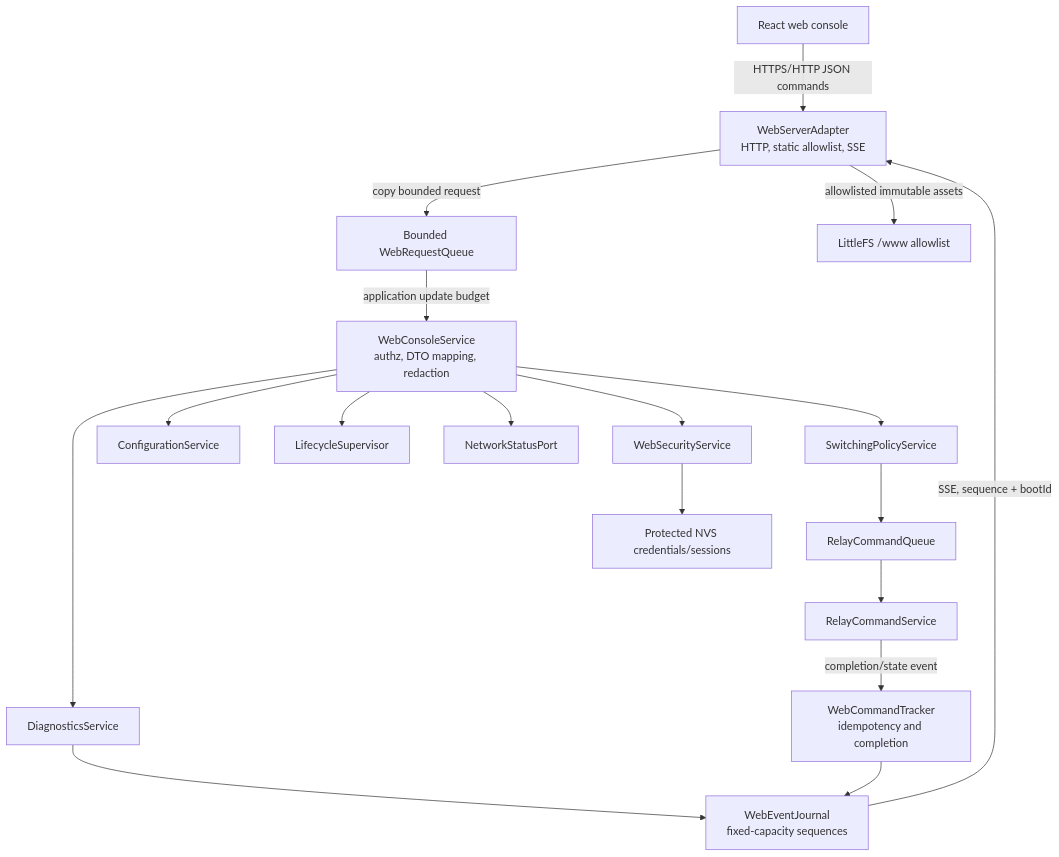
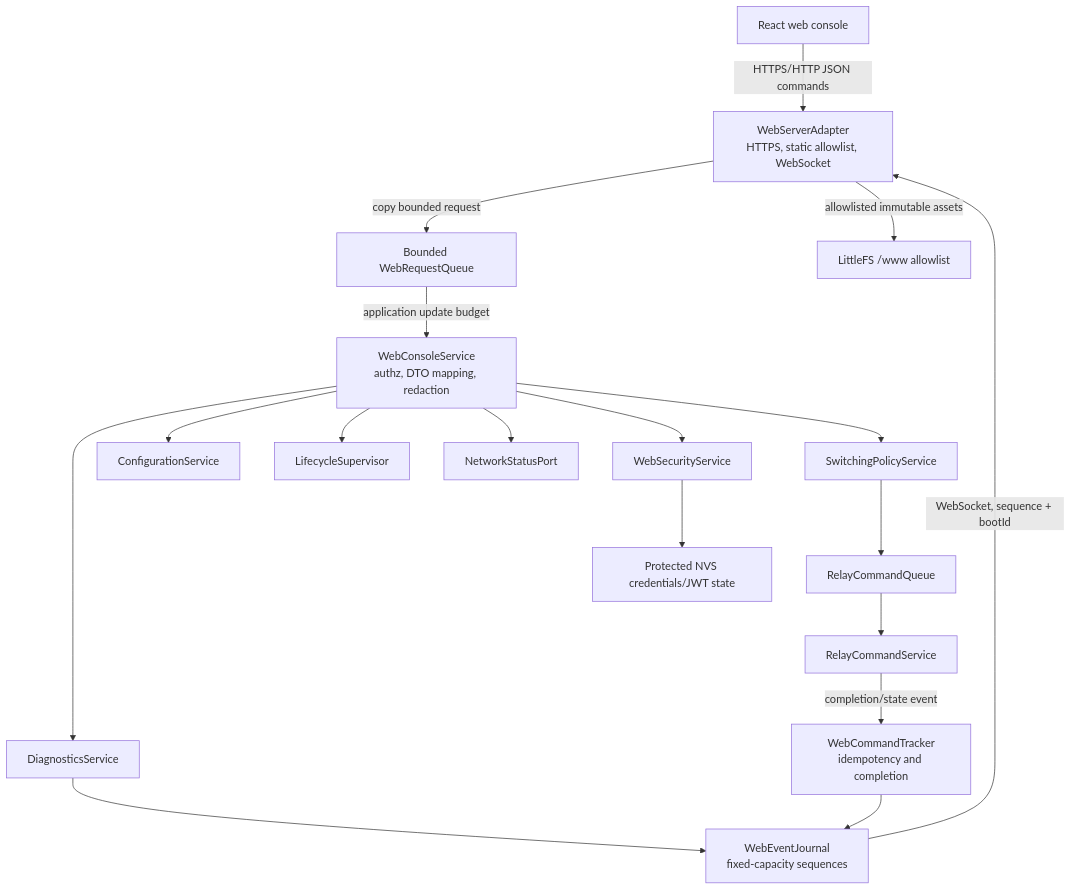
Before and after one commit to betamoojw/Waveshare_ESP32-S3-Relay-6CH: the first of 3 diagrams in design/fontend-plan.md, drawn with Mermaid. The commit also changed other lines of this file and 70 other files, not shown here.

````diff
--- a/design/fontend-plan.md
+++ b/design/fontend-plan.md
@@ -118,37 +157,37 @@
 ```mermaid
 flowchart TB
 	Browser[React web console]
-	HTTP[WebServerAdapter<br/>HTTP, static allowlist, SSE]
+	HTTP[WebServerAdapter<br/>HTTPS, static allowlist, WebSocket]
 	Ingress[Bounded WebRequestQueue]
 	Gateway[WebConsoleService<br/>authz, DTO mapping, redaction]
 	Results[WebCommandTracker<br/>idempotency and completion]
 	Events[WebEventJournal<br/>fixed-capacity sequences]
 	Policy[SwitchingPolicyService]
 	Queue[RelayCommandQueue]
 	Relay[RelayCommandService]
 	Config[ConfigurationService]
 	Diag[DiagnosticsService]
 	Life[LifecycleSupervisor]
 	Network[NetworkStatusPort]
 	Auth[WebSecurityService]
-	NVS[Protected NVS credentials/sessions]
+	NVS[Protected NVS credentials/JWT state]
 	FS[LittleFS /www allowlist]
 
 	Browser -->|HTTPS/HTTP JSON commands| HTTP
 	HTTP -->|copy bounded request| Ingress
 	Ingress -->|application update budget| Gateway
 	Gateway --> Policy
 	Policy --> Queue
 	Queue --> Relay
 	Gateway --> Config
 	Gateway --> Diag
 	Gateway --> Life
 	Gateway --> Network
 	Gateway --> Auth
 	Auth --> NVS
 	Relay -->|completion/state event| Results
 	Diag --> Events
 	Results --> Events
-	Events -->|SSE, sequence + bootId| HTTP
+	Events -->|WebSocket, sequence + bootId| HTTP
 	HTTP -->|allowlisted immutable assets| FS
 ```
````
